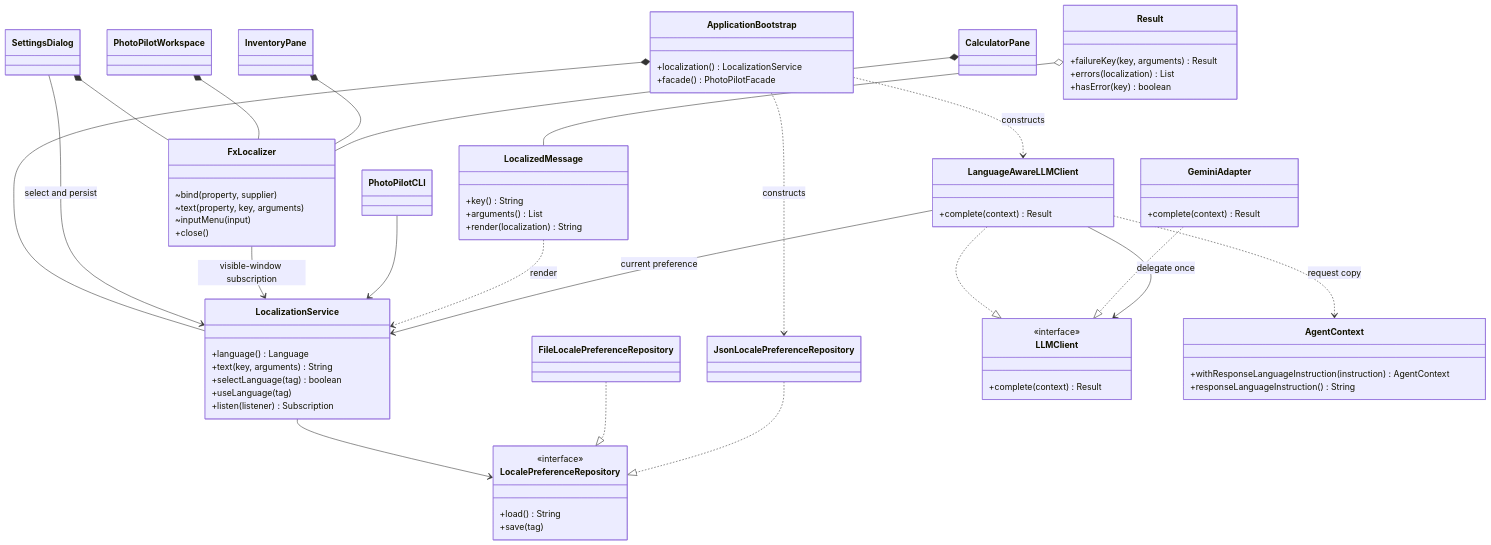
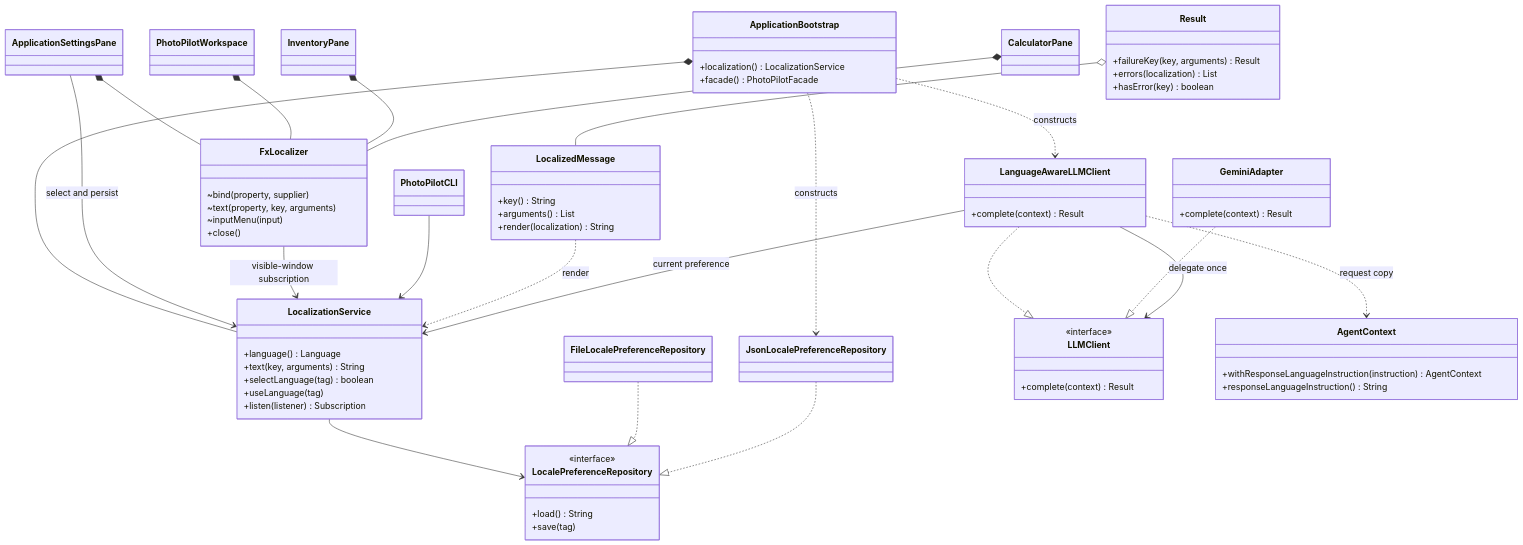
Before and after one commit to zboToronto/PhotoPilot: the first of 2 diagrams in Stage2/docs/localization-architecture.md, drawn with Mermaid. The commit also changed other lines of this file and 59 other files, not shown here.

````diff
--- a/Stage2/docs/localization-architecture.md
+++ b/Stage2/docs/localization-architecture.md
@@ -7,76 +7,76 @@
 ```mermaid
 classDiagram
     class ApplicationBootstrap {
         +localization() LocalizationService
         +facade() PhotoPilotFacade
     }
     class LocalizationService {
         +language() Language
         +text(key, arguments) String
         +selectLanguage(tag) boolean
         +useLanguage(tag)
         +listen(listener) Subscription
     }
     class LocalePreferenceRepository {
         <<interface>>
         +load() String
         +save(tag)
     }
     class JsonLocalePreferenceRepository
     class FileLocalePreferenceRepository
     class FxLocalizer {
         ~bind(property, supplier)
         ~text(property, key, arguments)
         ~inputMenu(input)
         +close()
     }
-    class SettingsDialog
+    class ApplicationSettingsPane
     class PhotoPilotWorkspace
     class InventoryPane
     class CalculatorPane
     class PhotoPilotCLI
     class LocalizedMessage {
         +key() String
         +arguments() List
         +render(localization) String
     }
     class Result {
         +failureKey(key, arguments) Result
         +errors(localization) List
         +hasError(key) boolean
     }
     class LLMClient {
         <<interface>>
         +complete(context) Result
     }
     class LanguageAwareLLMClient {
         +complete(context) Result
     }
     class GeminiAdapter {
         +complete(context) Result
     }
     class AgentContext {
         +withResponseLanguageInstruction(instruction) AgentContext
         +responseLanguageInstruction() String
     }
     ApplicationBootstrap *-- LocalizationService
     ApplicationBootstrap ..> LanguageAwareLLMClient : constructs
     LocalizationService --> LocalePreferenceRepository
     FileLocalePreferenceRepository ..|> LocalePreferenceRepository
     JsonLocalePreferenceRepository ..|> LocalePreferenceRepository
     ApplicationBootstrap ..> JsonLocalePreferenceRepository : constructs
-    SettingsDialog --> LocalizationService : select and persist
-    SettingsDialog *-- FxLocalizer
+    ApplicationSettingsPane --> LocalizationService : select and persist
+    ApplicationSettingsPane *-- FxLocalizer
     PhotoPilotWorkspace *-- FxLocalizer
     InventoryPane *-- FxLocalizer
     CalculatorPane *-- FxLocalizer
     FxLocalizer --> LocalizationService : visible-window subscription
     PhotoPilotCLI --> LocalizationService
     Result o-- LocalizedMessage
     LocalizedMessage ..> LocalizationService : render
     LanguageAwareLLMClient ..|> LLMClient
     GeminiAdapter ..|> LLMClient
     LanguageAwareLLMClient --> LLMClient : delegate once
     LanguageAwareLLMClient --> LocalizationService : current preference
     LanguageAwareLLMClient ..> AgentContext : request copy
 ```
````
